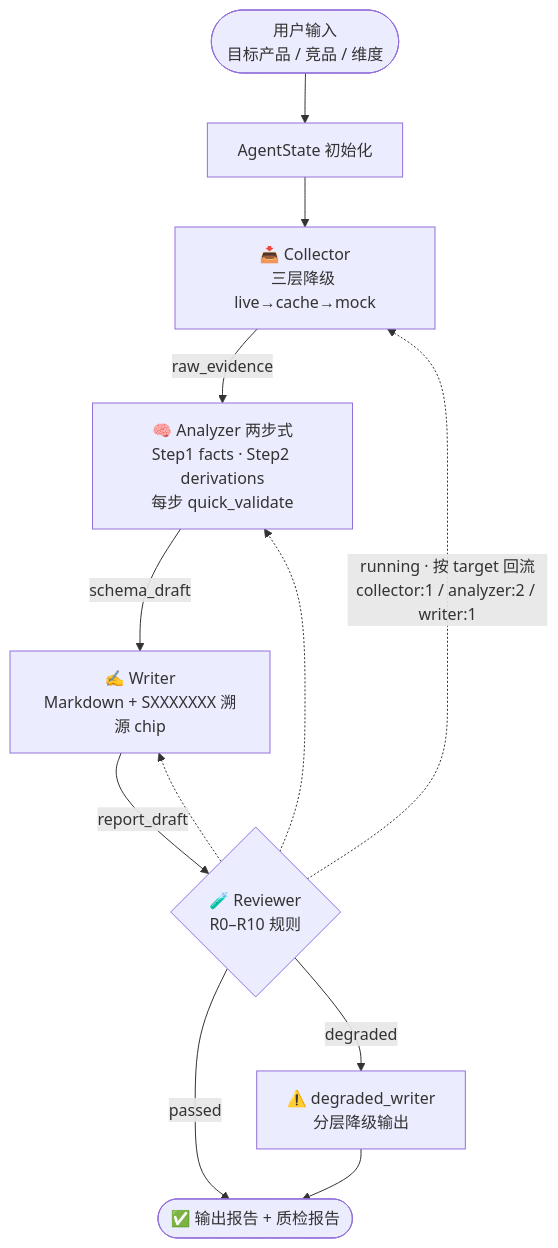
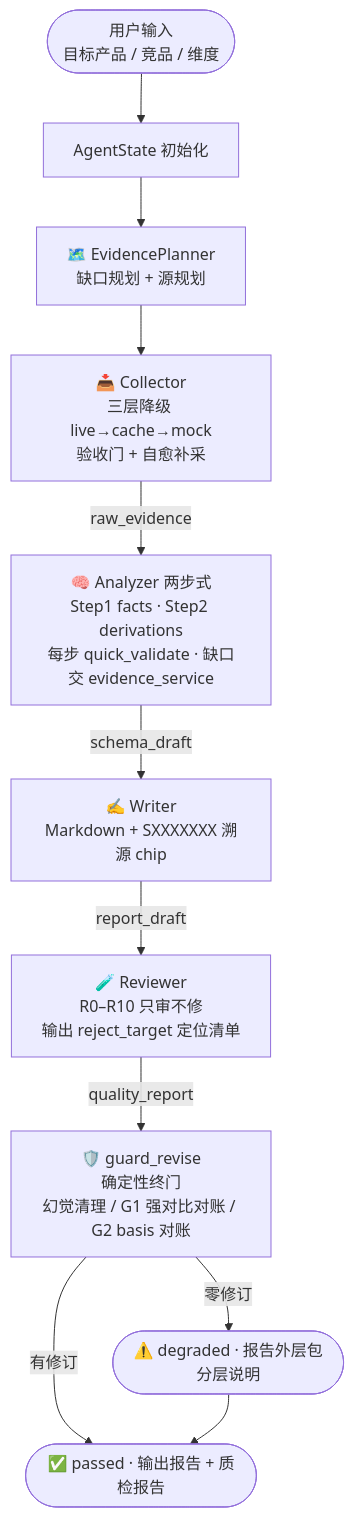
The first of 2 diagrams in README.md (yangyuxin-hub/AI-Competitive-Radar), drawn with Mermaid before and after one commit. The commit also changed other lines of this file, not shown here.

First line of the commit message:
docs(readme): 同步 v3 M4 架构——直线控制流 + guard 终门 + 单一 owner

````diff
--- a/README.md
+++ b/README.md
@@ -52,13 +55,12 @@
 ```mermaid
 flowchart TD
     U([用户输入<br/>目标产品 / 竞品 / 维度]) --> S[AgentState 初始化]
-    S --> C[📥 Collector<br/>三层降级 live→cache→mock]
-    C -->|raw_evidence| A[🧠 Analyzer 两步式<br/>Step1 facts · Step2 derivations<br/>每步 quick_validate]
+    S --> P[🗺️ EvidencePlanner<br/>缺口规划 + 源规划]
+    P --> C[📥 Collector<br/>三层降级 live→cache→mock<br/>验收门 + 自愈补采]
+    C -->|raw_evidence| A[🧠 Analyzer 两步式<br/>Step1 facts · Step2 derivations<br/>每步 quick_validate · 缺口交 evidence_service]
     A -->|schema_draft| W[✍️ Writer<br/>Markdown + SXXXXXXX 溯源 chip]
-    W -->|report_draft| R{🧪 Reviewer<br/>R0–R10 规则}
-    R -->|passed| E([✅ 输出报告 + 质检报告])
-    R -->|degraded| D[⚠️ degraded_writer<br/>分层降级输出] --> E
-    R -.->|running · 按 target 回流<br/>collector:1 / analyzer:2 / writer:1| C
-    R -.-> A
-    R -.-> W
+    W -->|report_draft| R[🧪 Reviewer<br/>R0–R10 只审不修<br/>输出 reject_target 定位清单]
+    R -->|quality_report| G[🛡️ guard_revise<br/>确定性终门<br/>幻觉清理 / G1 强对比对账 / G2 basis 对账]
+    G -->|有修订| E([✅ passed · 输出报告 + 质检报告])
+    G -->|零修订| Ed([⚠️ degraded · 报告外层包分层说明]) --> E
 ```
````
